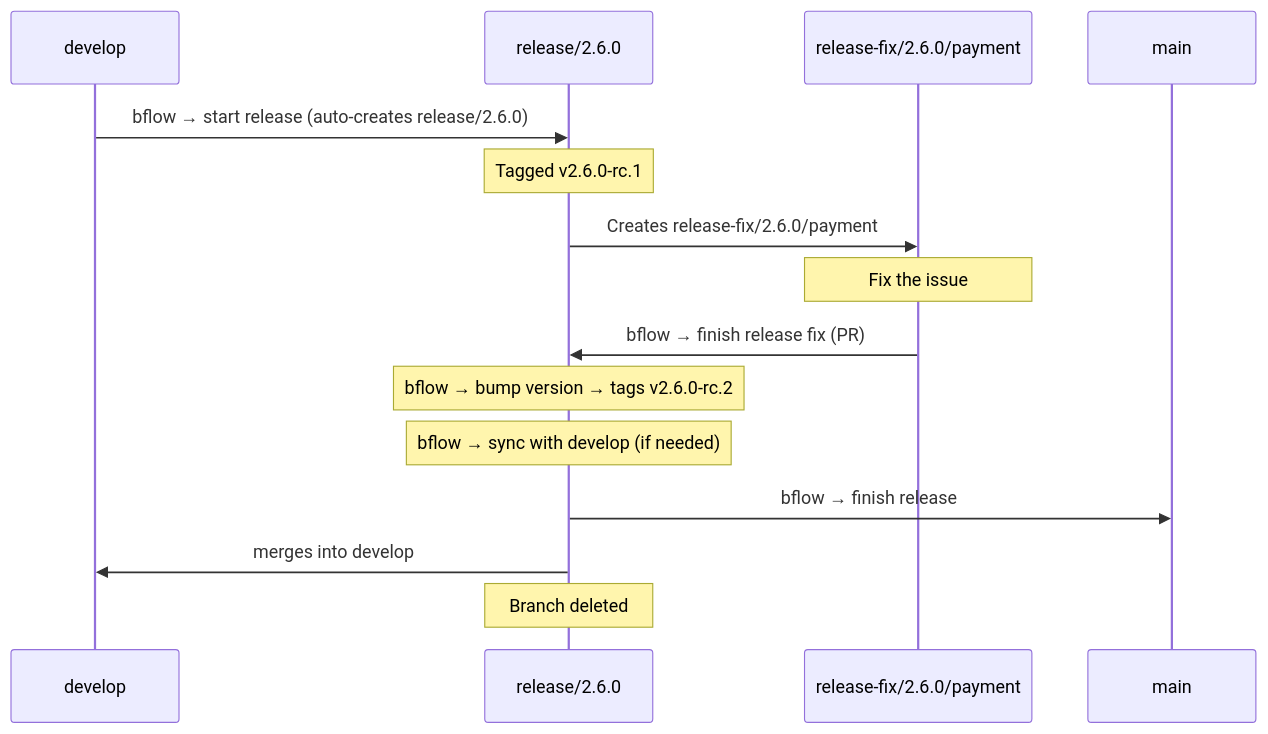
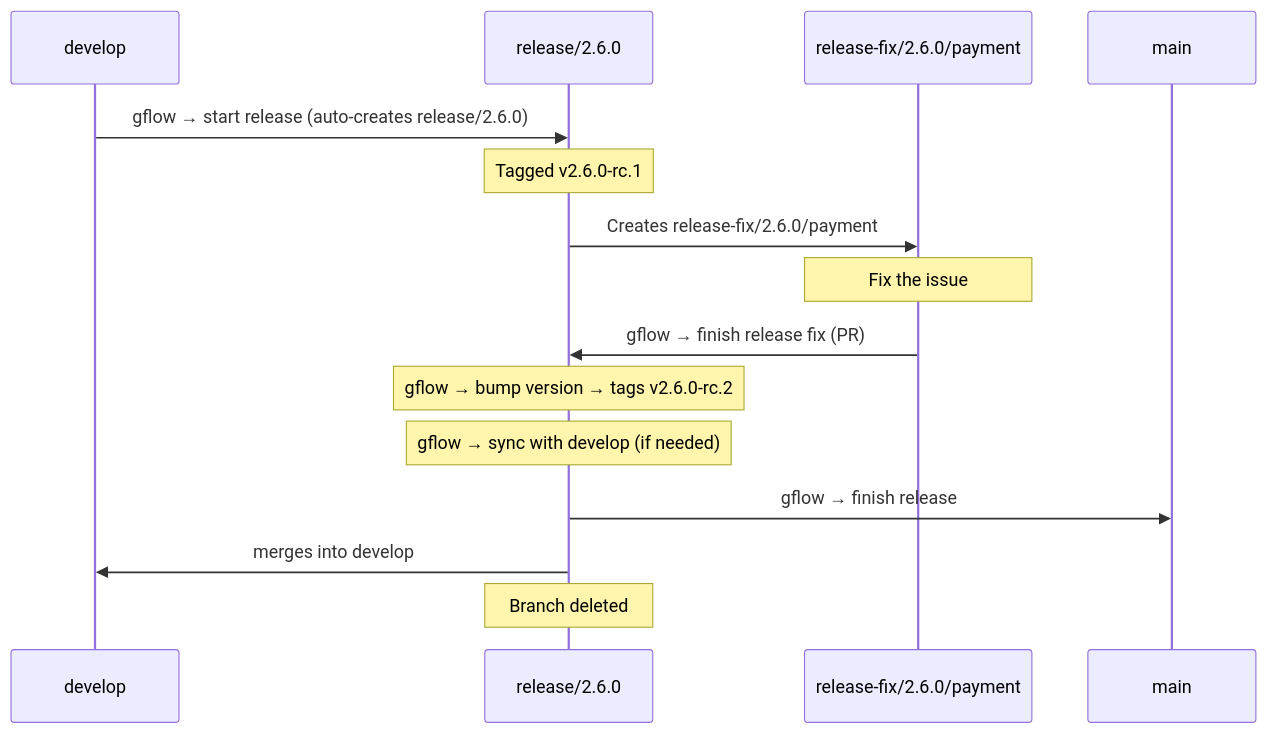
The third of 7 diagrams in README.md (middelkampdev/gflow), drawn with Mermaid before and after one commit. The commit also changed other lines of this file and 55 other files, not shown here.

Commit message:
feat!: rebrand bflow to gflow under jopmiddelkamp/gflow

````diff
--- a/README.md
+++ b/README.md
@@ -486,18 +486,18 @@
 ```mermaid
 sequenceDiagram
     participant D as develop
     participant R as release/2.6.0
     participant RF as release-fix/2.6.0/payment
     participant M as main
 
-    D->>R: bflow → start release (auto-creates release/2.6.0)
+    D->>R: gflow → start release (auto-creates release/2.6.0)
     Note over R: Tagged v2.6.0-rc.1
     R->>RF: Creates release-fix/2.6.0/payment
     Note over RF: Fix the issue
-    RF->>R: bflow → finish release fix (PR)
-    Note over R: bflow → bump version → tags v2.6.0-rc.2
-    Note over R: bflow → sync with develop (if needed)
-    R->>M: bflow → finish release
+    RF->>R: gflow → finish release fix (PR)
+    Note over R: gflow → bump version → tags v2.6.0-rc.2
+    Note over R: gflow → sync with develop (if needed)
+    R->>M: gflow → finish release
     R->>D: merges into develop
     Note over R: Branch deleted
 ```
````
